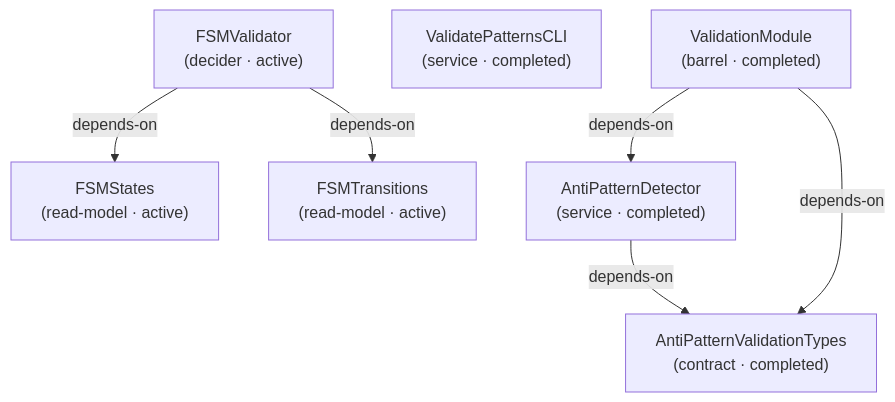
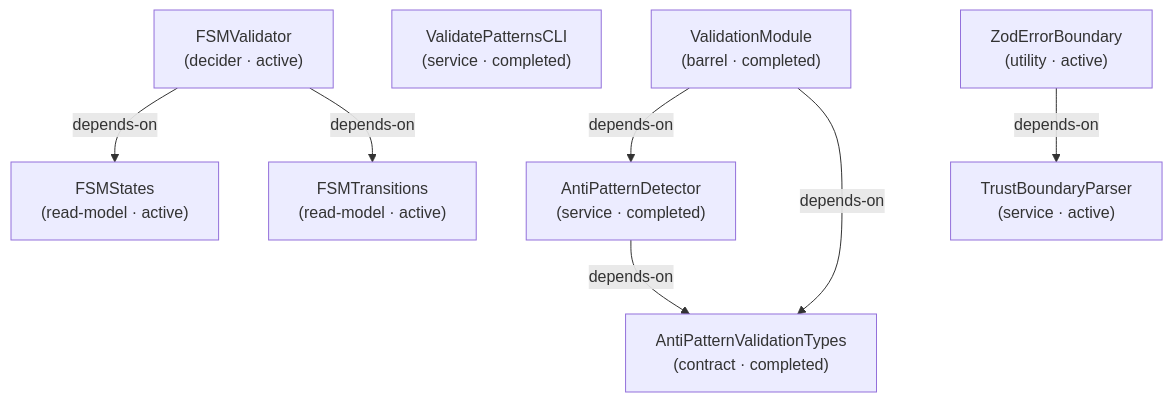
Diagram 22 of 25 in docs-live/DESIGN-REVIEW.md (libar-dev/architect), drawn with Mermaid before and after one commit. The commit also changed other lines of this file and 21 other files, not shown here.

First line of the commit message:
docs(live): regenerate docs-live from the reshaped graph

````diff
--- a/docs-live/DESIGN-REVIEW.md
+++ b/docs-live/DESIGN-REVIEW.md
@@ -458,15 +581,18 @@
 ```mermaid
 graph TD
   antipatterndetector["AntiPatternDetector<br/>(service · completed)"]
   antipatternvalidationtypes["AntiPatternValidationTypes<br/>(contract · completed)"]
   fsmstates["FSMStates<br/>(read-model · active)"]
   fsmtransitions["FSMTransitions<br/>(read-model · active)"]
   fsmvalidator["FSMValidator<br/>(decider · active)"]
+  trustboundaryparser["TrustBoundaryParser<br/>(service · active)"]
   validatepatternscli["ValidatePatternsCLI<br/>(service · completed)"]
   validationmodule["ValidationModule<br/>(barrel · completed)"]
+  zoderrorboundary["ZodErrorBoundary<br/>(utility · active)"]
   antipatterndetector -->|depends-on| antipatternvalidationtypes
   fsmvalidator -->|depends-on| fsmstates
   fsmvalidator -->|depends-on| fsmtransitions
   validationmodule -->|depends-on| antipatterndetector
   validationmodule -->|depends-on| antipatternvalidationtypes
+  zoderrorboundary -->|depends-on| trustboundaryparser
 ```
````
